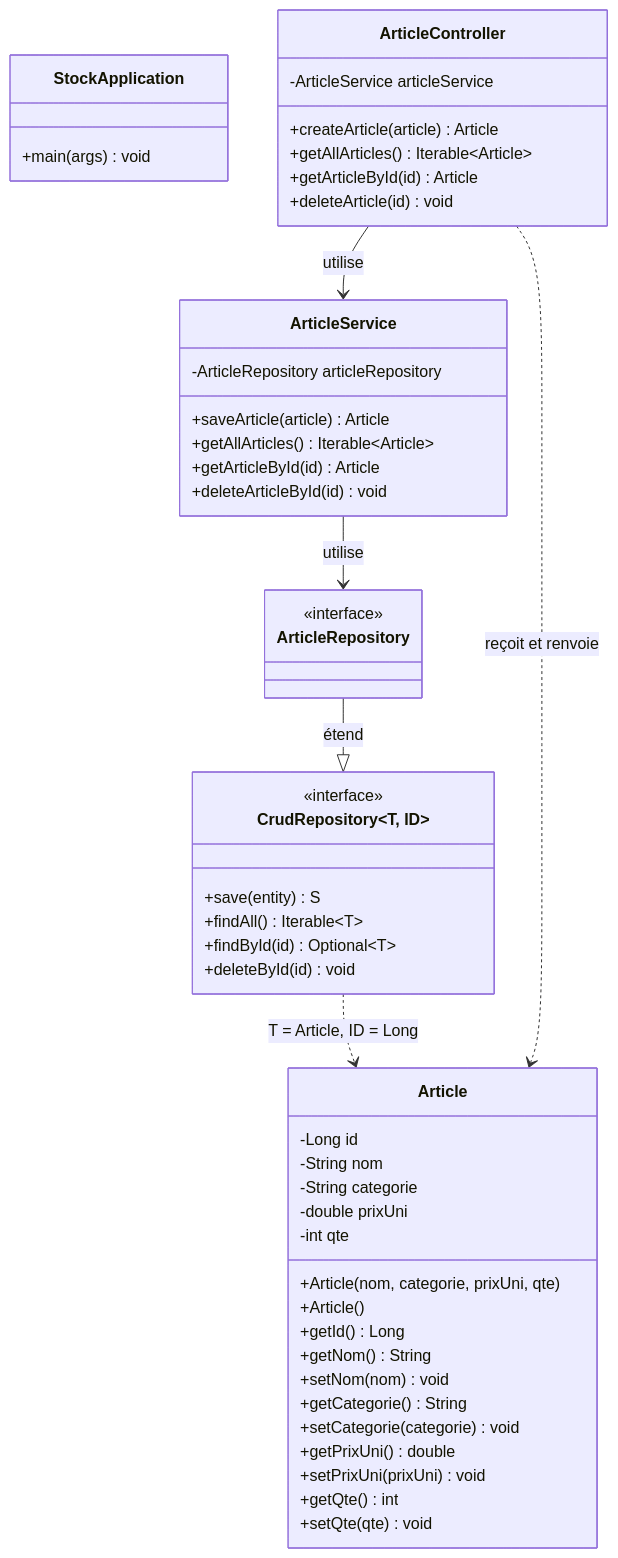
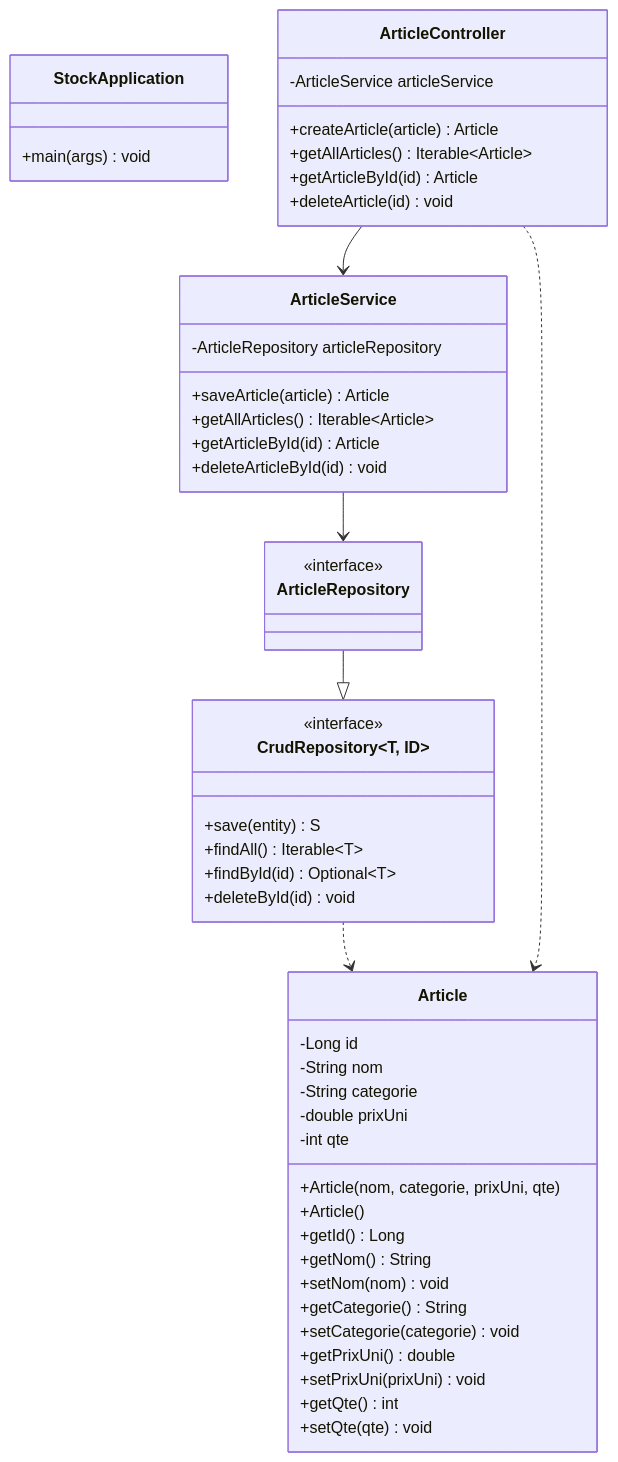
One commit to samuelanges/stock-spring-jpa changed the diagram in diagramme-classes.md. Above: the diagram before and after it, drawn with Mermaid. The commit also changed other lines of this file and 2 other files, not shown here.

Commit message:
Simplifie le README et le diagramme, retire le commentaire du pom

````diff
--- a/diagramme-classes.md
+++ b/diagramme-classes.md
@@ -5,61 +3,59 @@
 ```mermaid
 classDiagram
-    direction TB
-
     class StockApplication {
         +main(args) void
     }
 
     class ArticleController {
         -ArticleService articleService
         +createArticle(article) Article
         +getAllArticles() Iterable~Article~
         +getArticleById(id) Article
         +deleteArticle(id) void
     }
 
     class ArticleService {
         -ArticleRepository articleRepository
         +saveArticle(article) Article
         +getAllArticles() Iterable~Article~
         +getArticleById(id) Article
         +deleteArticleById(id) void
     }
 
     class ArticleRepository {
         <<interface>>
     }
 
     class CrudRepository~T, ID~ {
         <<interface>>
         +save(entity) S
         +findAll() Iterable~T~
         +findById(id) Optional~T~
         +deleteById(id) void
     }
 
     class Article {
         -Long id
         -String nom
         -String categorie
         -double prixUni
         -int qte
         +Article(nom, categorie, prixUni, qte)
         +Article()
         +getId() Long
         +getNom() String
         +setNom(nom) void
         +getCategorie() String
         +setCategorie(categorie) void
         +getPrixUni() double
         +setPrixUni(prixUni) void
         +getQte() int
         +setQte(qte) void
     }
 
-    ArticleController --> ArticleService : utilise
-    ArticleService --> ArticleRepository : utilise
-    ArticleRepository --|> CrudRepository : étend
-    CrudRepository ..> Article : T = Article, ID = Long
-    ArticleController ..> Article : reçoit et renvoie
+    ArticleController --> ArticleService
+    ArticleService --> ArticleRepository
+    ArticleRepository --|> CrudRepository
+    CrudRepository ..> Article
+    ArticleController ..> Article
 ```
````
